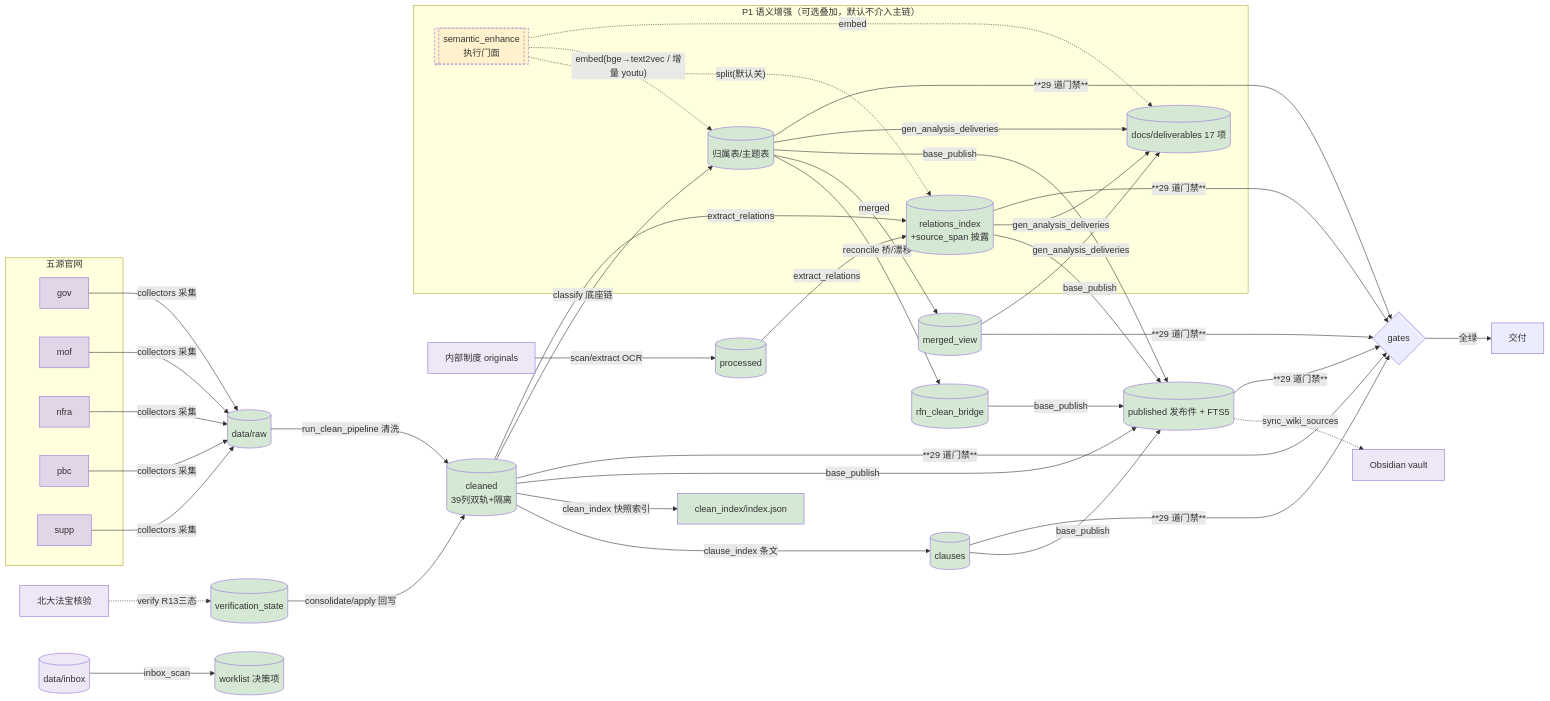
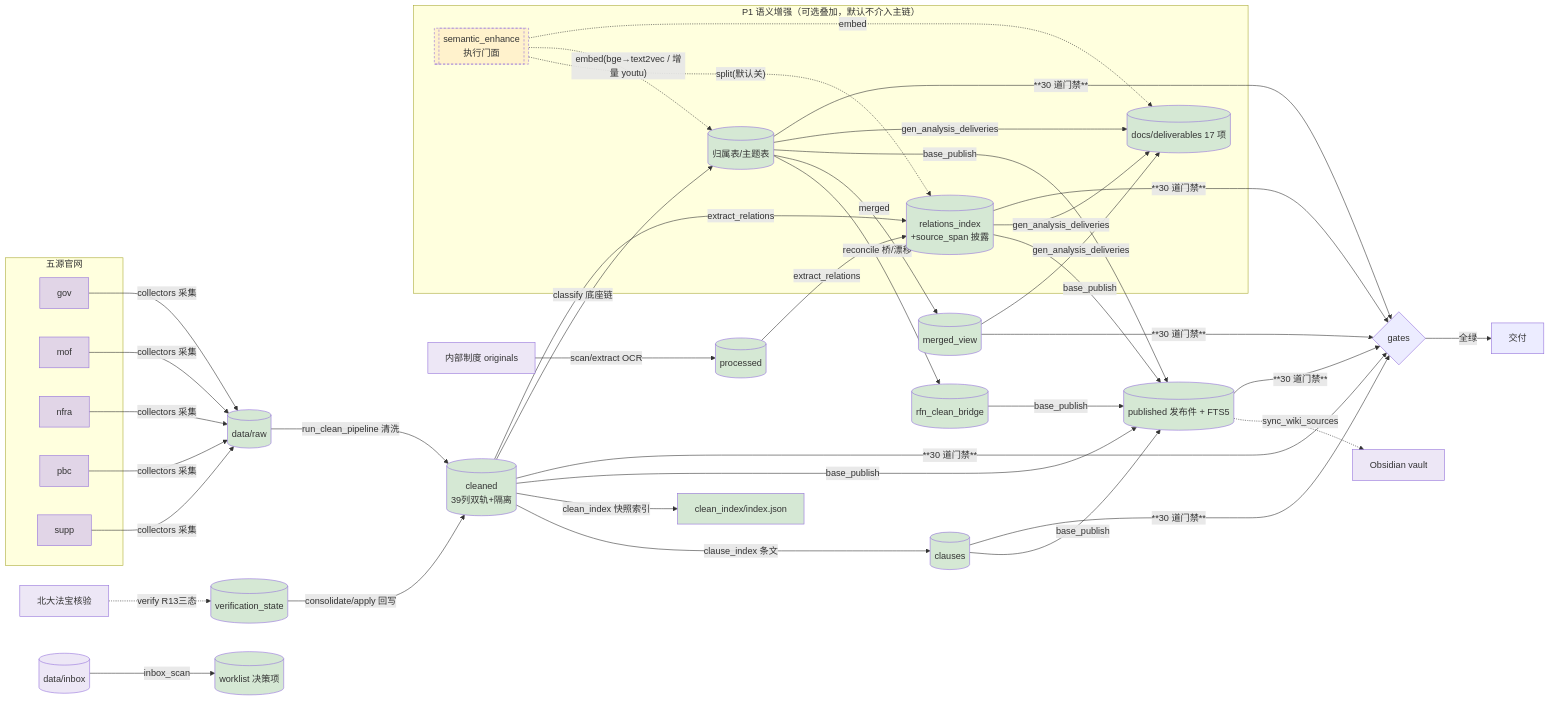
The second of 4 diagrams in README.md (wangtierui/orchestrator), drawn with Mermaid before and after one commit. The commit also changed other lines of this file and 31 other files, not shown here.

````diff
--- a/README.md
+++ b/README.md
@@ -177,38 +177,38 @@
 ```mermaid
 flowchart LR
     subgraph SRC[五源官网]
         G[gov] ; M[mof] ; N[nfra] ; P[pbc] ; S[supp]
     end
     G & M & N & P & S -->|collectors 采集| RAW[(data/raw)]
     RAW -->|run_clean_pipeline 清洗| C[(cleaned<br/>39列双轨+隔离)]
     C -->|clause_index 条文| CL[(clauses)]
     C -->|clean_index 快照索引| CIDX[clean_index/index.json]
     V[北大法宝核验] -.->|verify R13三态| STV[(verification_state)]
     STV -->|consolidate/apply 回写| C
     C -->|classify 底座链| AT[(归属表/主题表)]
     C -->|extract_relations| REL[(relations_index<br/>+source_span 披露)]
     INT[内部制度 originals] -->|scan/extract OCR| PC[(processed)]
     PC -->|extract_relations| REL
     AT -->|reconcile 桥/漂移| BR[(rfn_clean_bridge)]
     AT -->|merged| MV[(merged_view)]
     C & CL & BR & AT & REL -->|base_publish| PUB[(published 发布件 + FTS5)]
     AT & MV & REL -->|gen_analysis_deliveries| AN[(docs/deliverables 17 项)]
     INBOX[(data/inbox)] -->|inbox_scan| WL[(worklist 决策项)]
     PUB -.->|sync_wiki_sources| KB[Obsidian vault]
-    C & CL & AT & REL & MV & PUB -->|**29 道门禁**| G8{gates}
+    C & CL & AT & REL & MV & PUB -->|**30 道门禁**| G8{gates}
     G8 -->|全绿| OK[交付]
     subgraph P1[P1 语义增强（可选叠加，默认不介入主链）]
         SE[["semantic_enhance<br/>执行门面"]]
         SE -.->|"split(默认关)"| REL
         SE -.->|"embed(bge→text2vec / 增量 youtu)"| AT
         SE -.->|"embed"| AN
     end
     classDef src fill:#e1d5e7
     classDef store fill:#d5e8d4
     classDef ext fill:#ede7f6
     classDef enh fill:#fff2cc,stroke-dasharray:4 3
     class G,M,N,P,S src
     class RAW,C,CL,CIDX,STV,AT,REL,PC,BR,MV,PUB,AN,WL store
     class V,INT,INBOX,KB ext
     class SE enh
 ```
````
